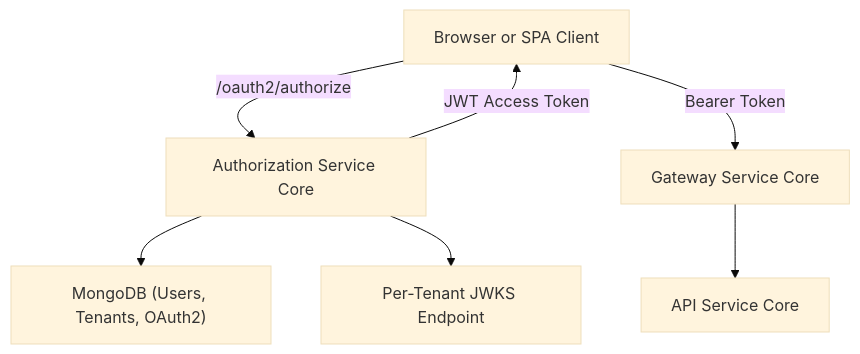
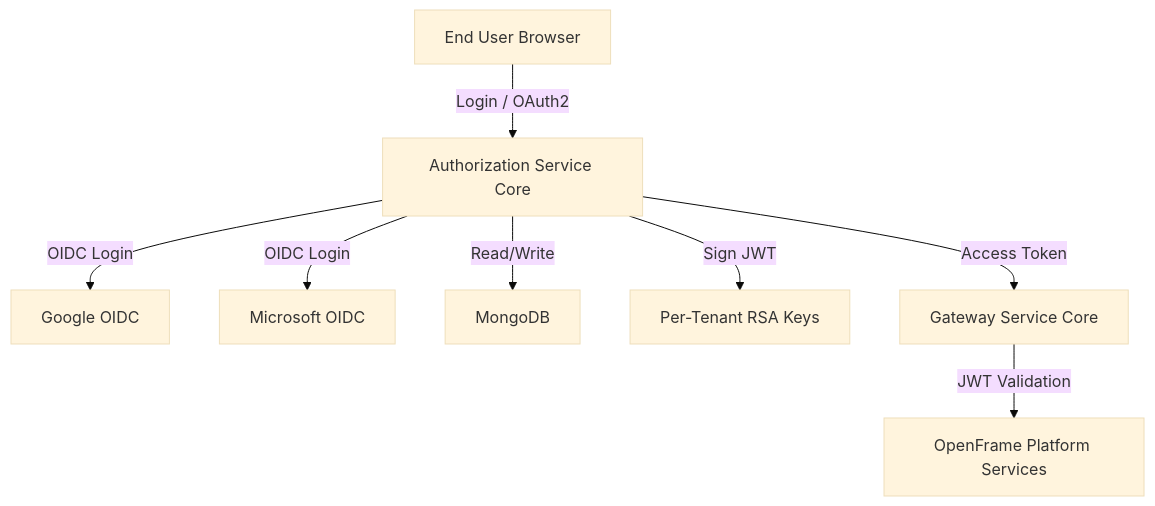
One commit to flamingo-stack/openframe-oss-lib changed the first of 7 diagrams in docs/reference/architecture/authorization-service-core/authorization-service-core.md. Above: the diagram before and after it, drawn with Mermaid (base theme). The commit also changed other lines of this file and 172 other files, not shown here.

````diff
--- a/docs/reference/architecture/authorization-service-core/authorization-service-core.md
+++ b/docs/reference/architecture/authorization-service-core/authorization-service-core.md
@@ -21,10 +24,13 @@
 ```mermaid
 flowchart TD
-    Browser["Browser or SPA Client"] -->|"/oauth2/authorize"| AuthServer["Authorization Service Core"]
-    AuthServer -->|"JWT Access Token"| Browser
-    Browser -->|"Bearer Token"| Gateway["Gateway Service Core"]
-    Gateway --> API["API Service Core"]
+    User["End User Browser"] -->|"Login / OAuth2"| AuthServer["Authorization Service Core"]
 
-    AuthServer --> Mongo["MongoDB (Users, Tenants, OAuth2)"]
-    AuthServer --> JWKS["Per-Tenant JWKS Endpoint"]
+    AuthServer -->|"OIDC Login"| Google["Google OIDC"]
+    AuthServer -->|"OIDC Login"| Microsoft["Microsoft OIDC"]
+
+    AuthServer -->|"Read/Write"| Mongo["MongoDB"]
+    AuthServer -->|"Sign JWT"| TenantKeys["Per-Tenant RSA Keys"]
+
+    AuthServer -->|"Access Token"| Gateway["Gateway Service Core"]
+    Gateway -->|"JWT Validation"| Platform["OpenFrame Platform Services"]
 ```
````
